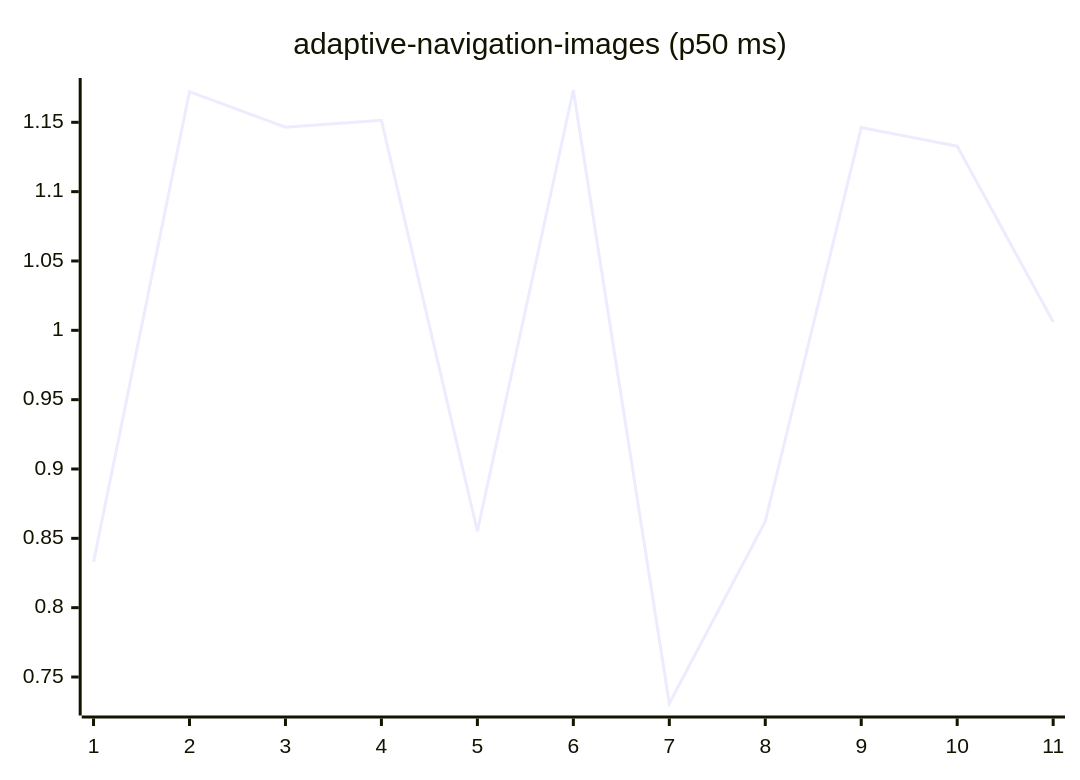
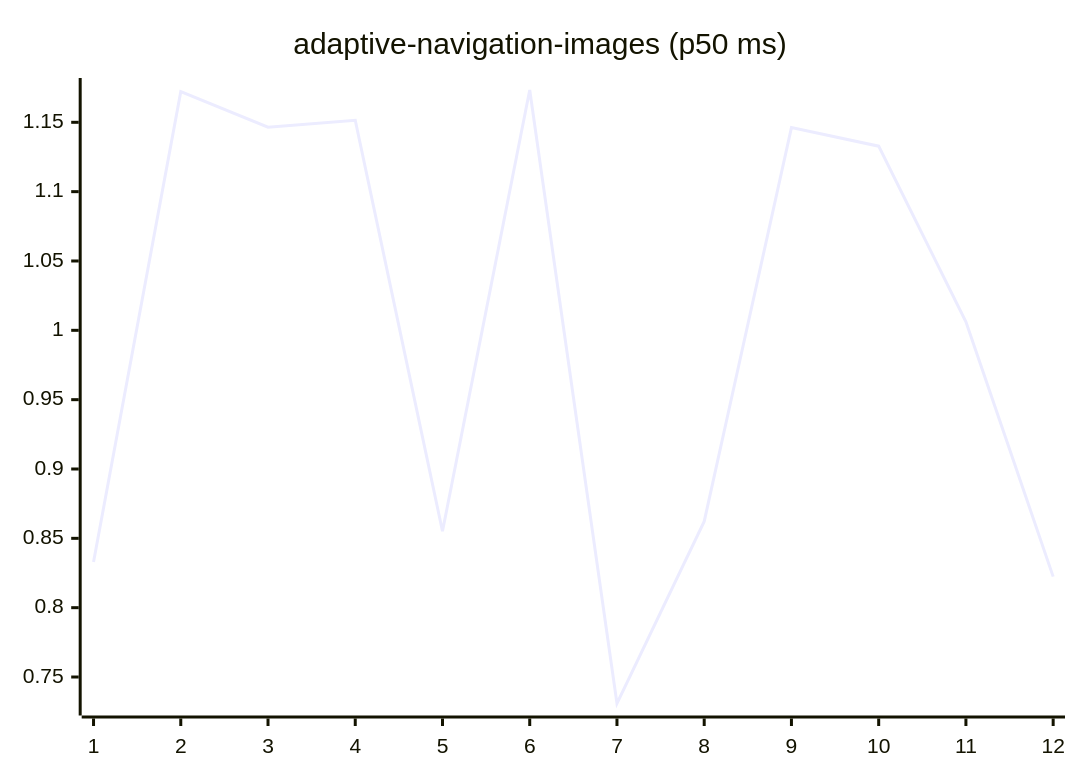
One commit to josha/Facet changed the first of 27 diagrams in README.md. Above: the diagram before and after it, drawn with Mermaid. The commit also changed other lines of this file and 2 other files, not shown here.

````diff
--- a/README.md
+++ b/README.md
@@ -63,6 +63,6 @@
 ```mermaid
 xychart-beta
     title "adaptive-navigation-images (p50 ms)"
-    x-axis 1 --> 11
-    line [0.8330, 1.1721, 1.1465, 1.1515, 0.8551, 1.1733, 0.7309, 0.8622, 1.1462, 1.1328, 1.0062]
+    x-axis 1 --> 12
+    line [0.8330, 1.1721, 1.1465, 1.1515, 0.8551, 1.1733, 0.7309, 0.8622, 1.1462, 1.1328, 1.0062, 0.8224]
 ```
````
